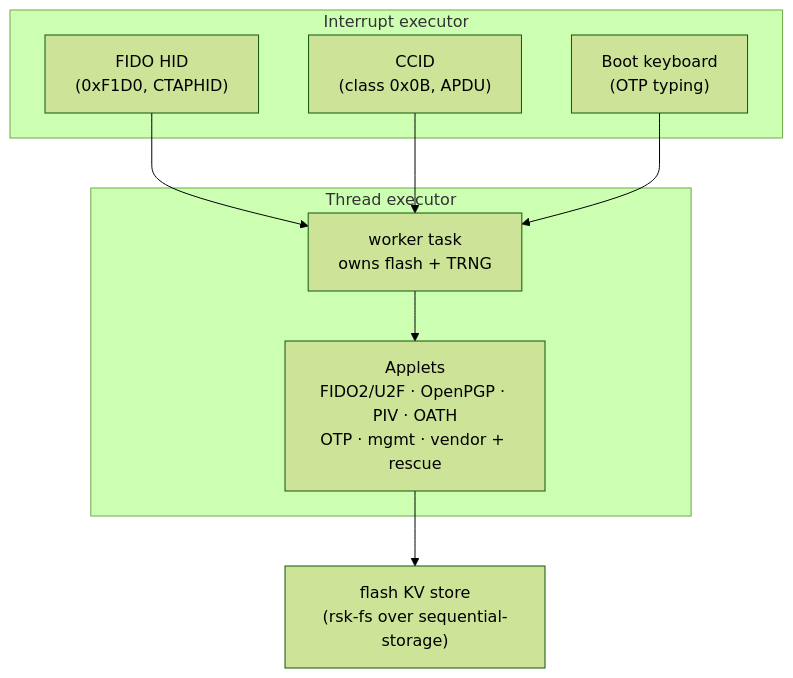
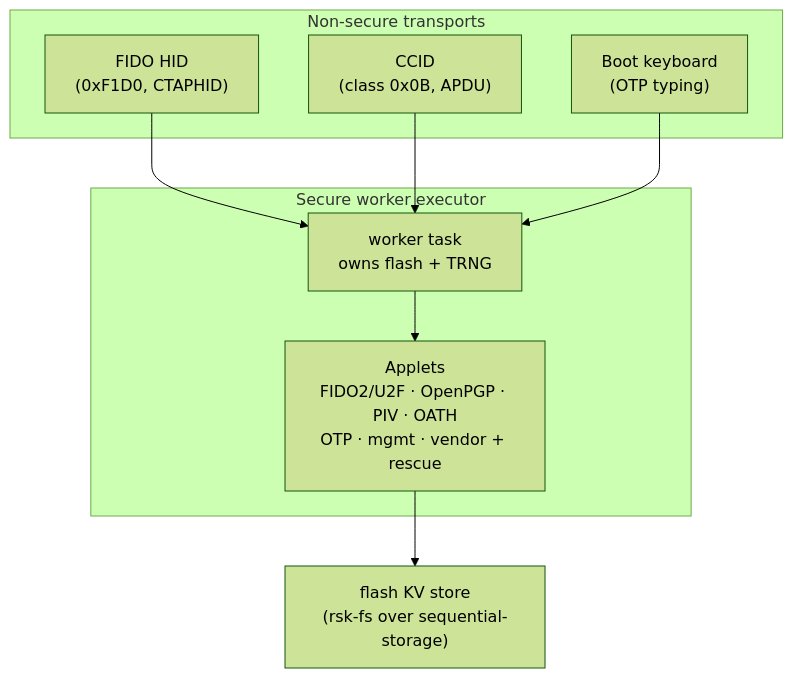
Before and after one commit to TheMaxMur/RS-Key: the diagram in docs/architecture.md, drawn with Mermaid (forest theme). The commit also changed other lines of this file and 103 other files, not shown here.

````diff
--- a/docs/architecture.md
+++ b/docs/architecture.md
@@ -25,16 +25,16 @@
 ```mermaid
 flowchart TD
-    subgraph irq["Interrupt executor"]
+    subgraph irq["Non-secure transports"]
       fido["FIDO HID<br/>(0xF1D0, CTAPHID)"]
       ccid["CCID<br/>(class 0x0B, APDU)"]
       kbd["Boot keyboard<br/>(OTP typing)"]
     end
     fido --> worker
     ccid --> worker
     kbd --> worker
-    subgraph thread["Thread executor"]
+    subgraph thread["Secure worker executor"]
       worker["worker task<br/>owns flash + TRNG"]
       worker --> applets["Applets<br/>FIDO2/U2F · OpenPGP · PIV · OATH<br/>OTP · mgmt · vendor + rescue"]
     end
     applets --> fs["flash KV store<br/>(rsk-fs over sequential-storage)"]
 ```
````
